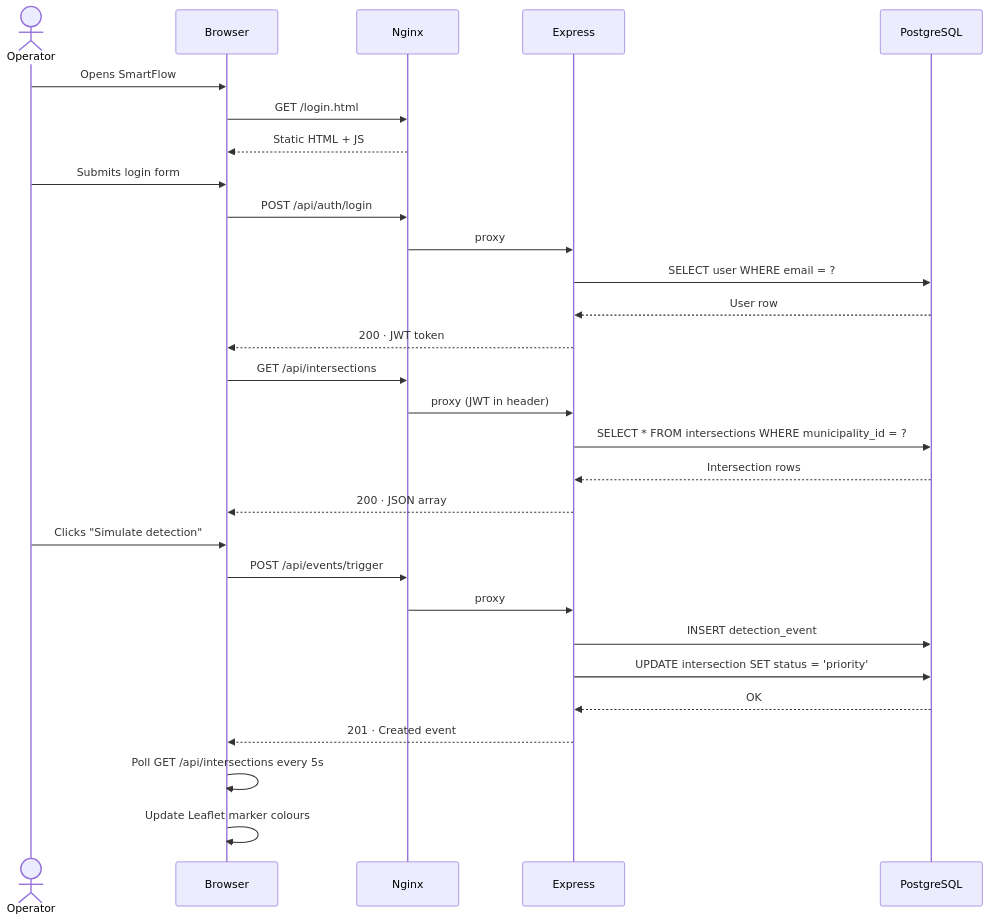
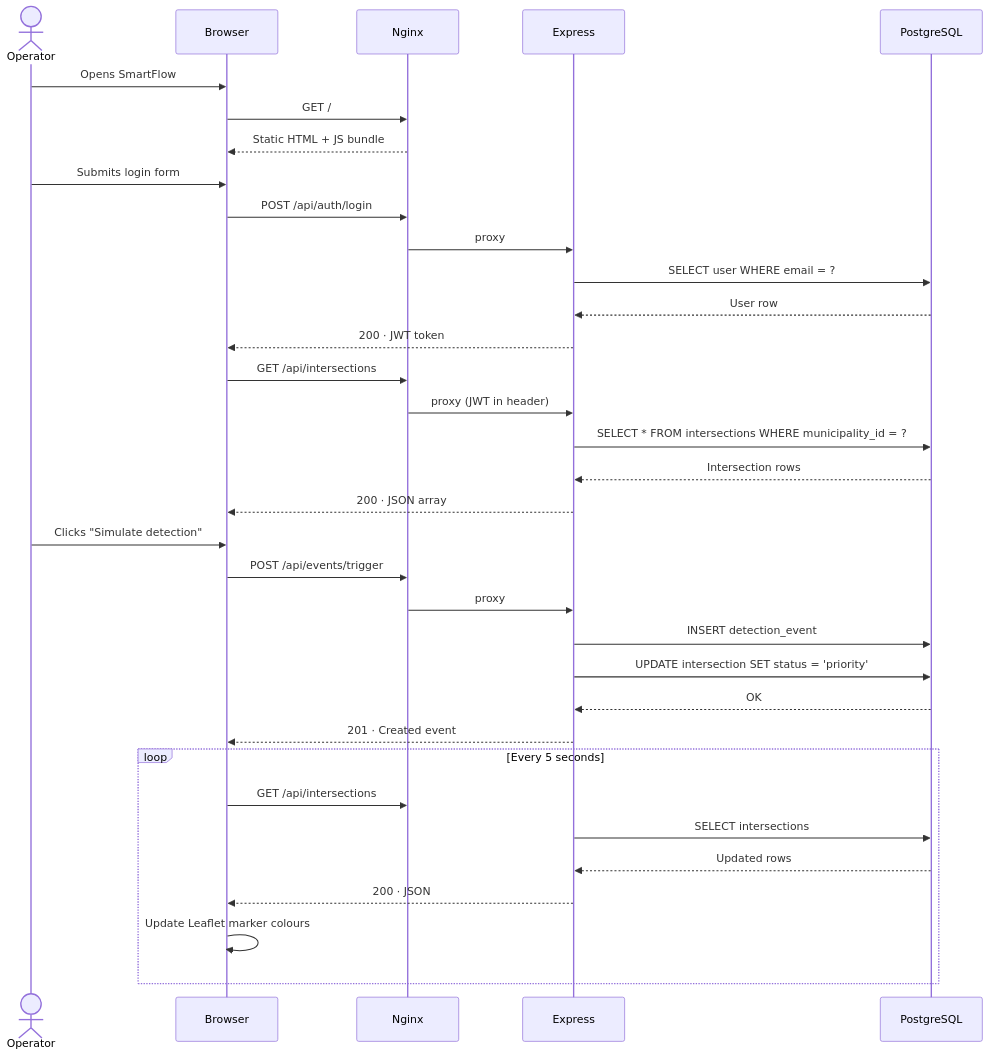
One commit to Tomas4030/smartflow changed the second of 3 diagrams in docs/architecture.md. Above: the diagram before and after it, drawn with Mermaid. The commit also changed other lines of this file and 6 other files, not shown here.

Commit message:
feat: docs: add architecture docs, API reference

````diff
--- a/docs/architecture.md
+++ b/docs/architecture.md
@@ -33,36 +39,41 @@
 ```mermaid
 sequenceDiagram
     actor Operator
     participant Browser
     participant Nginx
     participant Express
     participant DB as PostgreSQL
 
     Operator->>Browser: Opens SmartFlow
-    Browser->>Nginx: GET /login.html
-    Nginx-->>Browser: Static HTML + JS
+    Browser->>Nginx: GET /
+    Nginx-->>Browser: Static HTML + JS bundle
 
     Operator->>Browser: Submits login form
     Browser->>Nginx: POST /api/auth/login
     Nginx->>Express: proxy
     Express->>DB: SELECT user WHERE email = ?
     DB-->>Express: User row
     Express-->>Browser: 200 · JWT token
 
     Browser->>Nginx: GET /api/intersections
     Nginx->>Express: proxy (JWT in header)
     Express->>DB: SELECT * FROM intersections WHERE municipality_id = ?
     DB-->>Express: Intersection rows
     Express-->>Browser: 200 · JSON array
 
     Operator->>Browser: Clicks "Simulate detection"
     Browser->>Nginx: POST /api/events/trigger
     Nginx->>Express: proxy
     Express->>DB: INSERT detection_event
     Express->>DB: UPDATE intersection SET status = 'priority'
     DB-->>Express: OK
     Express-->>Browser: 201 · Created event
 
-    Browser->>Browser: Poll GET /api/intersections every 5s
-    Browser->>Browser: Update Leaflet marker colours
+    loop Every 5 seconds
+        Browser->>Nginx: GET /api/intersections
+        Express->>DB: SELECT intersections
+        DB-->>Express: Updated rows
+        Express-->>Browser: 200 · JSON
+        Browser->>Browser: Update Leaflet marker colours
+    end
 ```
````
